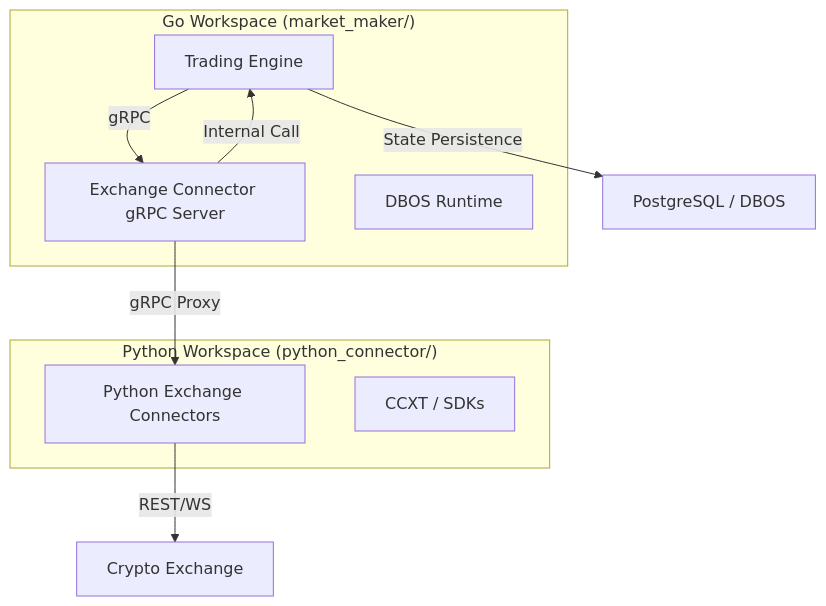
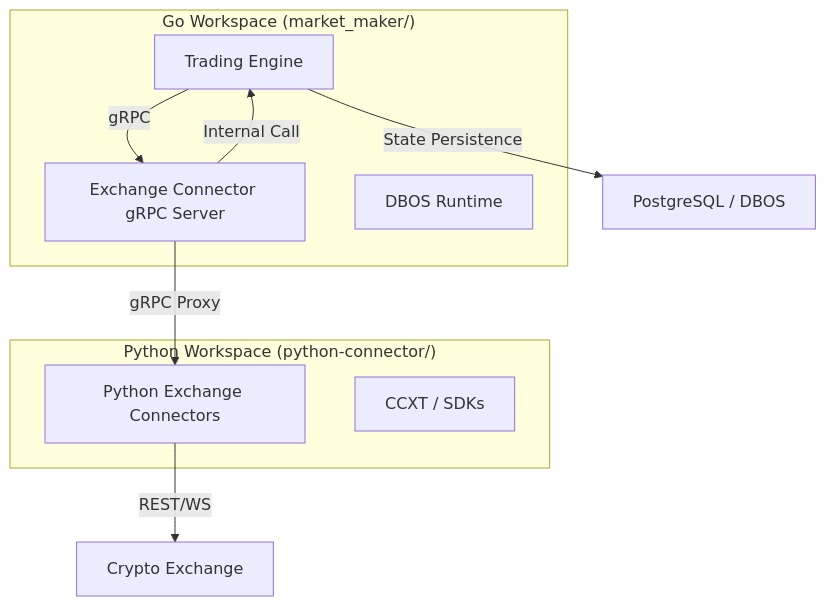
One commit to tommy-ca/opensqt_market_maker changed the first of 2 diagrams in docs/specs/design.md. Above: the diagram before and after it, drawn with Mermaid. The commit also changed other lines of this file and 63 other files, not shown here.

````diff
--- a/docs/specs/design.md
+++ b/docs/specs/design.md
@@ -7,17 +7,17 @@
 ```mermaid
 graph TD
     subgraph "Go Workspace (market_maker/)"
         A[Trading Engine]
         B[Exchange Connector gRPC Server]
         E[DBOS Runtime]
     end
-    subgraph "Python Workspace (python_connector/)"
+    subgraph "Python Workspace (python-connector/)"
         C[Python Exchange Connectors]
         F[CCXT / SDKs]
     end
     A -->|gRPC| B
     B -->|Internal Call| A
     B -->|gRPC Proxy| C
     C -->|REST/WS| D[Crypto Exchange]
     A -->|State Persistence| G[PostgreSQL / DBOS]
 ```
````
